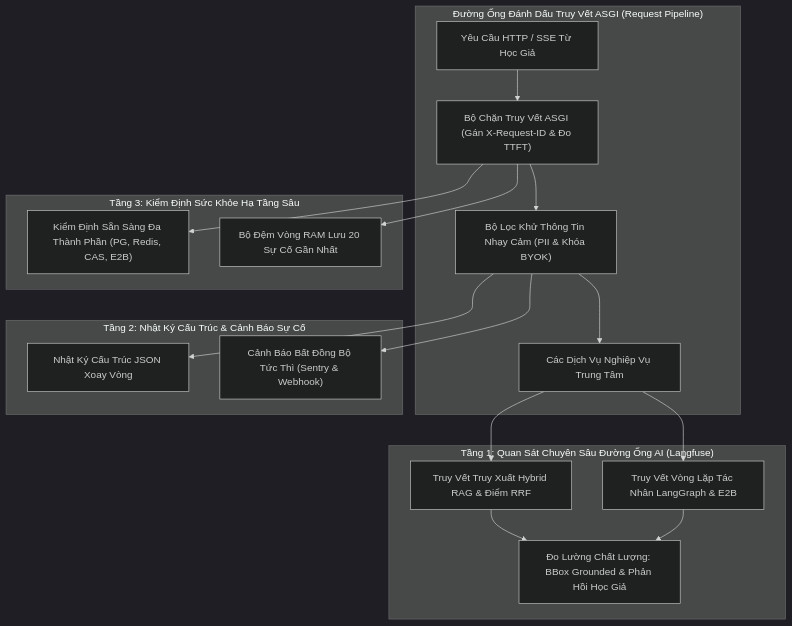
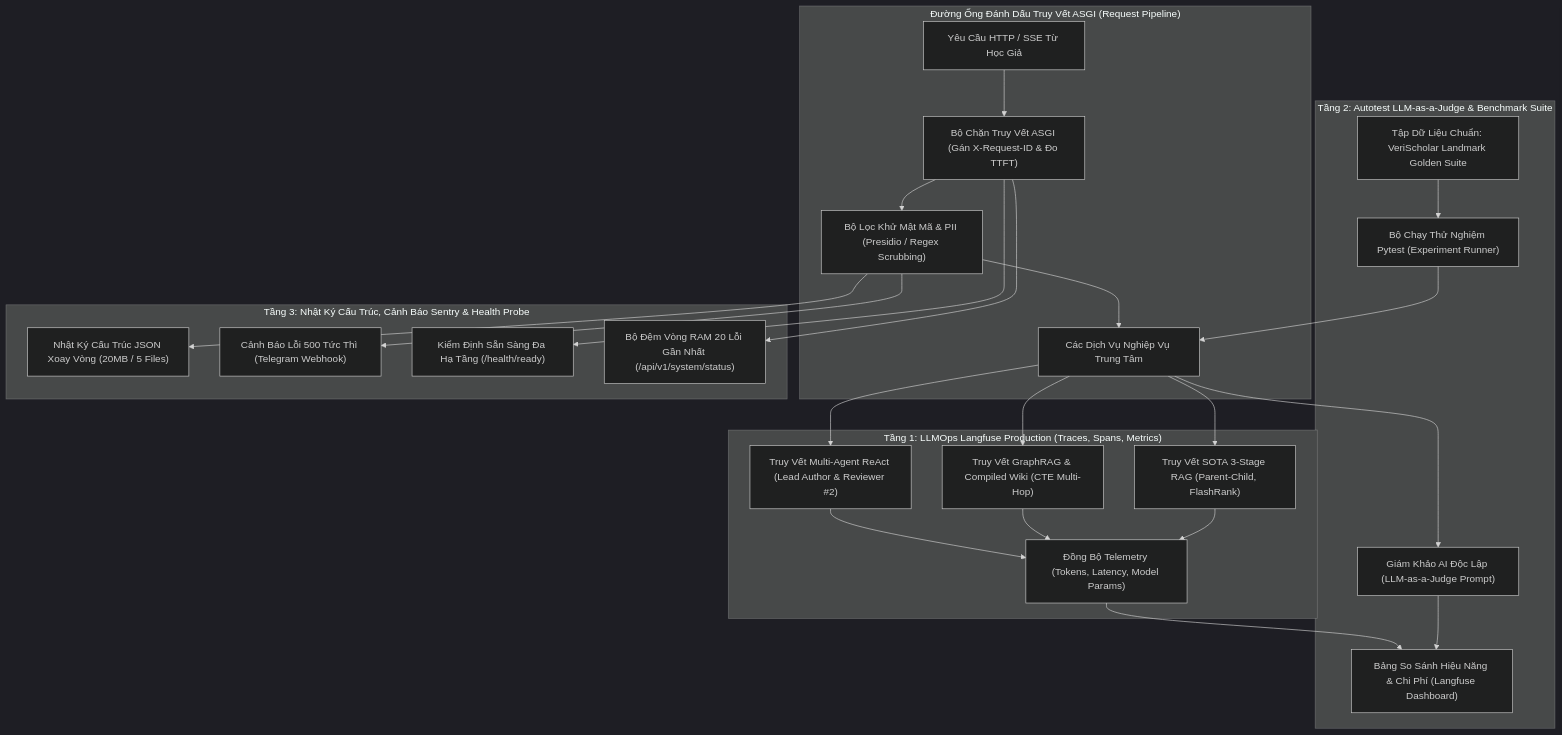
One commit to dammanhdungvn/VeriScholar changed the first of 3 diagrams in docs/specs/07-monitoring-and-langfuse-spec.md. Above: the diagram before and after it, drawn with Mermaid (dark theme). The commit also changed other lines of this file and 1 other file, not shown here.

Commit message:
docs(specs): update monitoring & langfuse spec with llm-as-a-judge and landmark benchmark suite

````diff
--- a/docs/specs/07-monitoring-and-langfuse-spec.md
+++ b/docs/specs/07-monitoring-and-langfuse-spec.md
@@ -53,36 +65,48 @@
 ```mermaid
 flowchart TD
     subgraph RequestPipeline ["Đường Ống Đánh Dấu Truy Vết ASGI (Request Pipeline)"]
         ClientReq["Yêu Cầu HTTP / SSE Từ Học Giả"]
         ASGITracer["Bộ Chặn Truy Vết ASGI (Gán X-Request-ID & Đo TTFT)"]
-        Scrubber["Bộ Lọc Khử Thông Tin Nhạy Cảm (PII & Khóa BYOK)"]
+        Scrubber["Bộ Lọc Khử Mật Mã & PII (Presidio / Regex Scrubbing)"]
         Endpoints["Các Dịch Vụ Nghiệp Vụ Trung Tâm"]
 
         ClientReq --> ASGITracer --> Scrubber --> Endpoints
     end
 
-    subgraph Tier1AI ["Tầng 1: Quan Sát Chuyên Sâu Đường Ống AI (Langfuse)"]
-        RAGTrace["Truy Vết Truy Xuất Hybrid RAG & Điểm RRF"]
-        AgentTrace["Truy Vết Vòng Lặp Tác Nhân LangGraph & E2B"]
-        QualityScore["Đo Lường Chất Lượng: BBox Grounded & Phản Hồi Học Giả"]
+    subgraph Tier1LLMOps ["Tầng 1: LLMOps Langfuse Production (Traces, Spans, Metrics)"]
+        RAGTrace["Truy Vết SOTA 3-Stage RAG (Parent-Child, FlashRank)"]
+        GraphTrace["Truy Vết GraphRAG & Compiled Wiki (CTE Multi-Hop)"]
+        AgentTrace["Truy Vết Multi-Agent ReAct (Lead Author & Reviewer #2)"]
+        TelemetrySync["Đồng Bộ Telemetry (Tokens, Latency, Model Params)"]
     end
 
-    subgraph Tier2Alerts ["Tầng 2: Nhật Ký Cấu Trúc & Cảnh Báo Sự Cố"]
-        JsonLogs["Nhật Ký Cấu Trúc JSON Xoay Vòng"]
-        AlertWebhook["Cảnh Báo Bất Đồng Bộ Tức Thì (Sentry & Webhook)"]
+    subgraph Tier2Eval ["Tầng 2: Autotest LLM-as-a-Judge & Benchmark Suite"]
+        GoldenDataset["Tập Dữ Liệu Chuẩn: VeriScholar Landmark Golden Suite"]
+        ExpRunner["Bộ Chạy Thử Nghiệm Pytest (Experiment Runner)"]
+        LLMJudge["Giám Khảo AI Độc Lập (LLM-as-a-Judge Prompt)"]
+        LangfuseDash["Bảng So Sánh Hiệu Năng & Chi Phí (Langfuse Dashboard)"]
     end
 
-    subgraph Tier3Health ["Tầng 3: Kiểm Định Sức Khỏe Hạ Tầng Sâu"]
-        DeepProbe["Kiểm Định Sẵn Sàng Đa Thành Phần (PG, Redis, CAS, E2B)"]
-        RingBuffer["Bộ Đệm Vòng RAM Lưu 20 Sự Cố Gần Nhất"]
+    subgraph Tier3Health ["Tầng 3: Nhật Ký Cấu Trúc, Cảnh Báo Sentry & Health Probe"]
+        JsonLogs["Nhật Ký Cấu Trúc JSON Xoay Vòng (20MB / 5 Files)"]
+        AlertWebhook["Cảnh Báo Lỗi 500 Tức Thì (Telegram Webhook)"]
+        DeepProbe["Kiểm Định Sẵn Sàng Đa Hạ Tầng (/health/ready)"]
+        RingBuffer["Bộ Đệm Vòng RAM 20 Lỗi Gần Nhất (/api/v1/system/status)"]
     end
 
     Endpoints --> RAGTrace
+    Endpoints --> GraphTrace
     Endpoints --> AgentTrace
-    RAGTrace --> QualityScore
-    AgentTrace --> QualityScore
+    RAGTrace --> TelemetrySync
+    GraphTrace --> TelemetrySync
+    AgentTrace --> TelemetrySync
+
+    GoldenDataset --> ExpRunner --> Endpoints
+    Endpoints --> LLMJudge --> LangfuseDash
+    TelemetrySync --> LangfuseDash
+
     Scrubber --> JsonLogs
     Scrubber --> AlertWebhook
     ASGITracer --> RingBuffer
     ASGITracer --> DeepProbe
 ```
````
